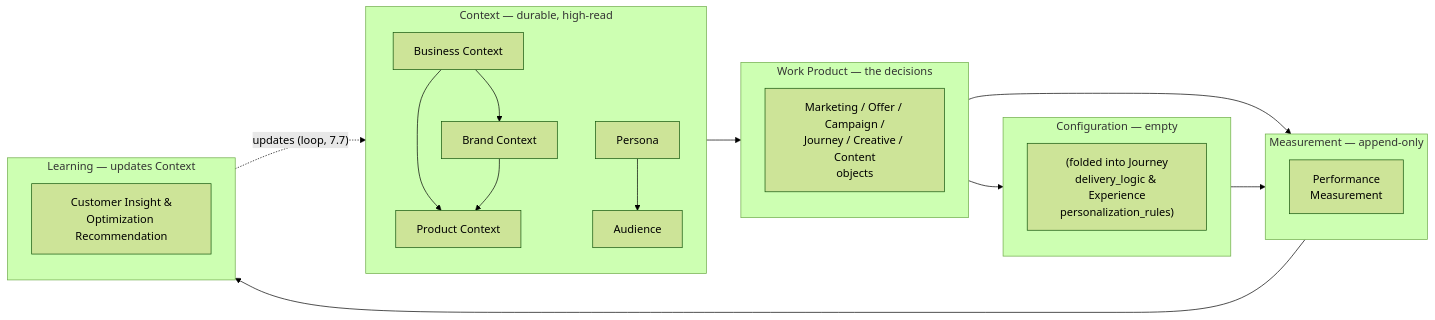
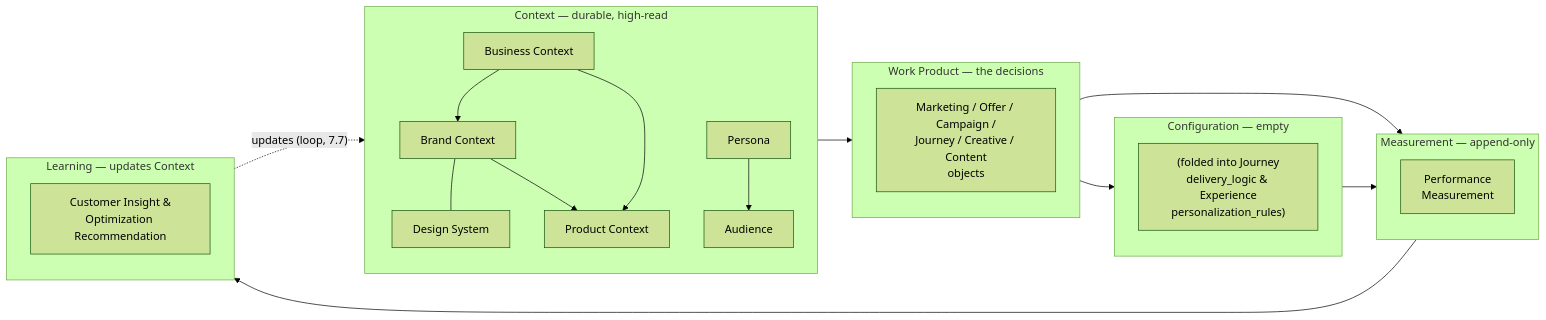
The diagram in RELATIONSHIPS.md (open-semantic-marketing-model/osmm), drawn with Mermaid (forest theme) before and after one commit. The commit also changed other lines of this file and 22 other files, not shown here.

````diff
--- a/RELATIONSHIPS.md
+++ b/RELATIONSHIPS.md
@@ -117,38 +119,40 @@
 ```mermaid
 flowchart LR
   subgraph CTX["Context — durable, high-read"]
     BIZ["Business Context"]
     BRC["Brand Context"]
+    DSY["Design System"]
     PRD["Product Context"]
     AUD["Audience"]
     PER["Persona"]
   end
 
   subgraph WP["Work Product — the decisions"]
     direction TB
     WPN["Marketing / Offer / Campaign /\nJourney / Creative / Content\nobjects"]
   end
 
   subgraph CFG["Configuration — empty"]
     CFGN["(folded into Journey\ndelivery_logic & Experience\npersonalization_rules)"]
   end
 
   subgraph MEAS["Measurement — append-only"]
     MEASN["Performance\nMeasurement"]
   end
 
   subgraph LRN["Learning — updates Context"]
     LRNN["Customer Insight &amp;\nOptimization Recommendation"]
   end
 
   BIZ --> BRC
+  BRC --- DSY
   BIZ --> PRD
   BRC --> PRD
   PER --> AUD
   CTX --> WP
   WP --> CFG
   WP --> MEAS
   CFG --> MEAS
   MEAS --> LRN
   LRN -. "updates (loop, 7.7)" .-> CTX
 ```
````
